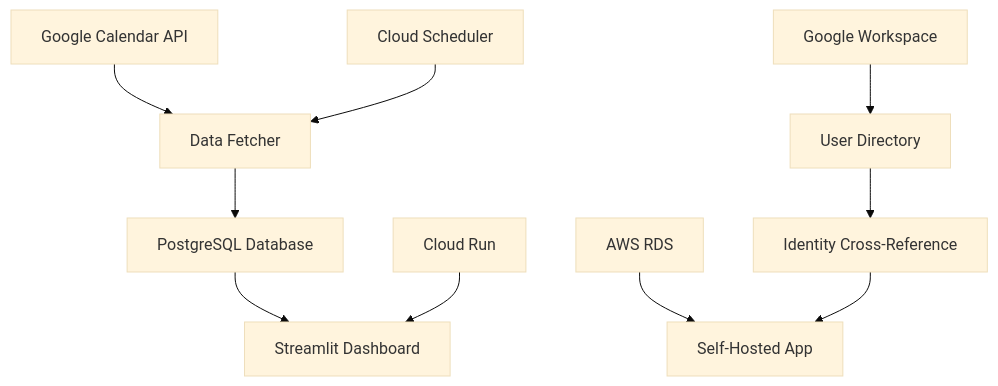
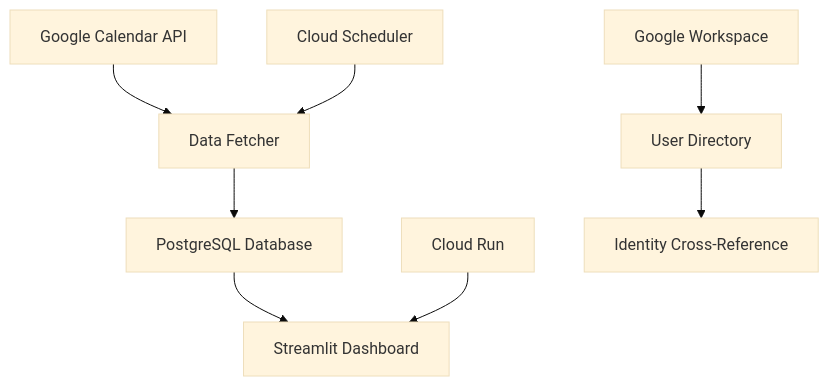
Before and after one commit to AZNH7/calendar-insights: the diagram in README.md, drawn with Mermaid (base theme). The commit also changed other lines of this file and 12 other files, not shown here.

````diff
--- a/README.md
+++ b/README.md
@@ -93,13 +82,11 @@
 ```mermaid
 graph TD
     A[Google Calendar API] --> B[Data Fetcher]
     B --> C[PostgreSQL Database]
     C --> D[Streamlit Dashboard]
     E[Cloud Scheduler] --> B
     F[Cloud Run] --> D
     
-    G[AWS RDS] --> H[Self-Hosted App]
     I[Google Workspace] --> J[User Directory]
     J --> K[Identity Cross-Reference]
-    K --> H
 ```
````
